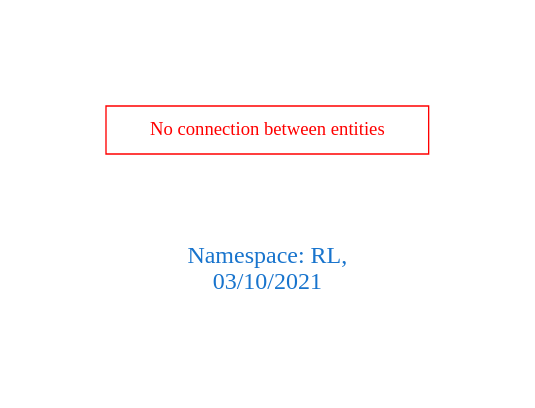
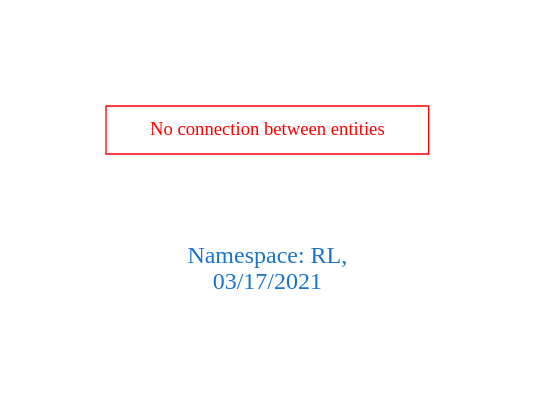
Before and after one commit to arago/OGIT: the diagram in downloads/RL.dot, drawn with Graphviz. The commit also changed 1846 other files, not shown here.

```diff
--- a/downloads/RL.dot
+++ b/downloads/RL.dot
@@ -1,9 +1,9 @@
 digraph OGIT_ontology {
  graph [ rankdir= LR,pad=1 
 fontsize = 18,
-fontcolor= dodgerblue3,label = "\n\n\nNamespace: RL, \n 03/10/2021"];
+fontcolor= dodgerblue3,label = "\n\n\nNamespace: RL, \n 03/17/2021"];
 node[shape=polygon];
 edge [  color="gray81"];
 
 "No connection between entities" [fontcolor = "red",color="red", shape="polygon"]
 }
```
